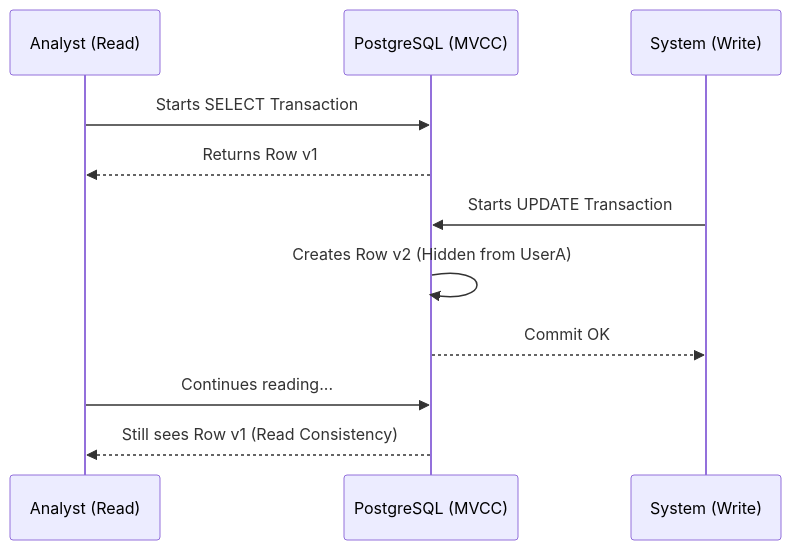
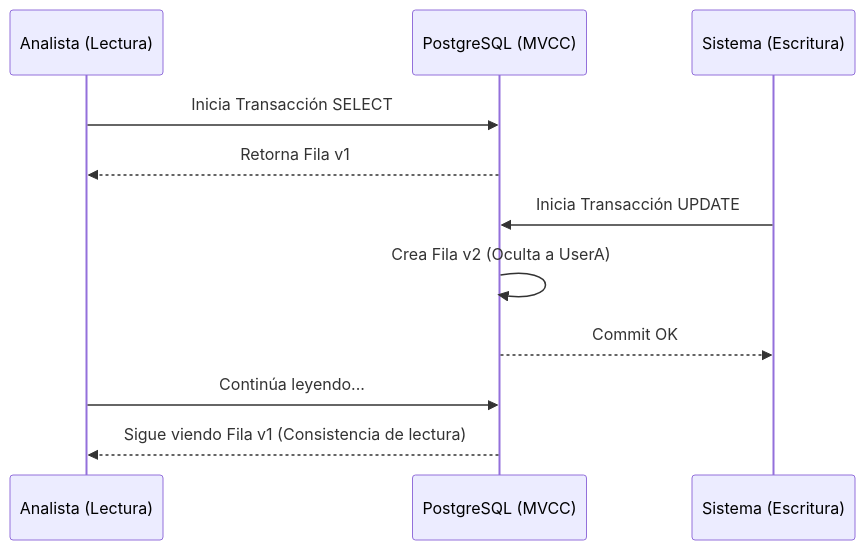
The second of 3 diagrams in public/docs/en/postgres_medio.md (gjpierp/nmergeia), drawn with Mermaid before and after one commit. The commit also changed other lines of this file and 518 other files, not shown here.

````diff
--- a/public/docs/en/postgres_medio.md
+++ b/public/docs/en/postgres_medio.md
@@ -68,14 +68,14 @@
 ```mermaid
 sequenceDiagram
-    participant UserA as Analyst (Read)
+    participant UserA as Analista (Lectura)
     participant DB as PostgreSQL (MVCC)
-    participant UserB as System (Write)
+    participant UserB as Sistema (Escritura)
 
-    UserA->>DB: Starts SELECT Transaction
-    DB-->>UserA: Returns Row v1
-    UserB->>DB: Starts UPDATE Transaction
-    DB->>DB: Creates Row v2 (Hidden from UserA)
+    UserA->>DB: Inicia Transacción SELECT
+    DB-->>UserA: Retorna Fila v1
+    UserB->>DB: Inicia Transacción UPDATE
+    DB->>DB: Crea Fila v2 (Oculta a UserA)
     DB-->>UserB: Commit OK
-    UserA->>DB: Continues reading...
-    DB-->>UserA: Still sees Row v1 (Read Consistency)
+    UserA->>DB: Continúa leyendo...
+    DB-->>UserA: Sigue viendo Fila v1 (Consistencia de lectura)
 ```
````
